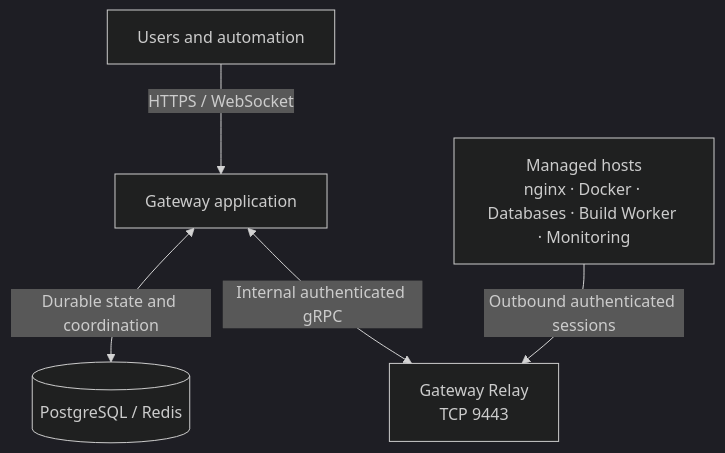
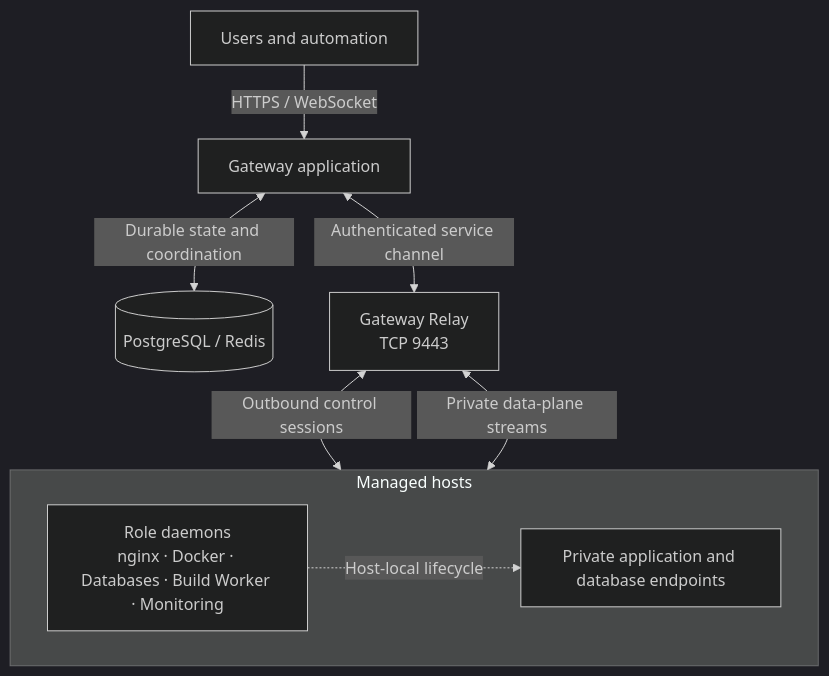
The diagram in src/content/docs/en/concepts/architecture.mdx (the-square-labs/gateway-docs), drawn with Mermaid (dark theme) before and after one commit. The commit also changed other lines of this file and 3 other files, not shown here.

Commit message:
docs(architecture): improve Mermaid diagrams

````diff
--- a/src/content/docs/en/concepts/architecture.mdx
+++ b/src/content/docs/en/concepts/architecture.mdx
@@ -13,7 +13,16 @@
 ```mermaid
 flowchart TB
     users["Users and automation"] -->|"HTTPS / WebSocket"| gateway["Gateway application"]
     gateway <-->|"Durable state and coordination"| state[("PostgreSQL / Redis")]
-    gateway <-->|"Internal authenticated gRPC"| relay["Gateway Relay<br/>TCP 9443"]
-    daemons["Managed hosts<br/>nginx · Docker · Databases · Build Worker · Monitoring"] -->|"Outbound authenticated sessions"| relay
+    gateway <-->|"Authenticated service channel"| relay["Gateway Relay<br/>TCP 9443"]
+
+    subgraph hosts["Managed hosts"]
+        direction LR
+        daemons["Role daemons<br/>nginx · Docker · Databases · Build Worker · Monitoring"]
+        workloads["Private application and database endpoints"]
+        daemons -.->|"Host-local lifecycle"| workloads
+    end
+
+    relay <-->|"Outbound control sessions"| daemons
+    relay <-->|"Private data-plane streams"| workloads
 ```
````
